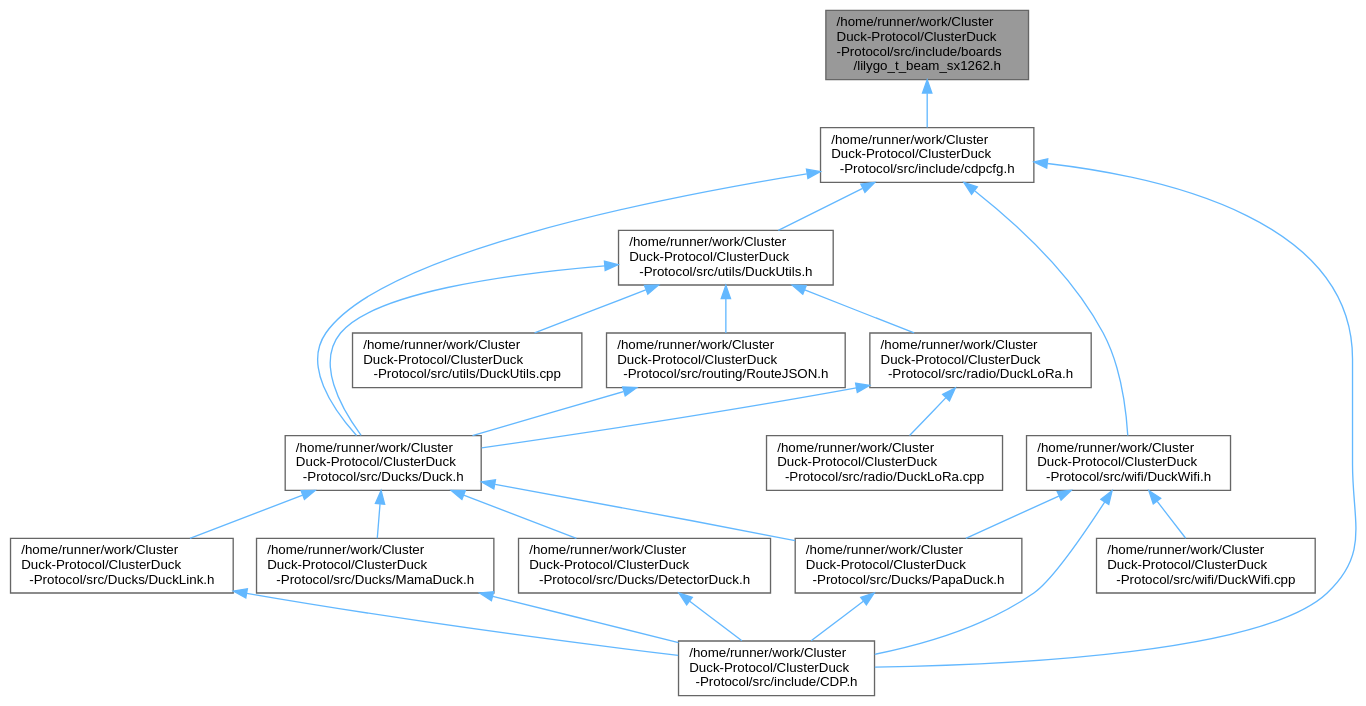
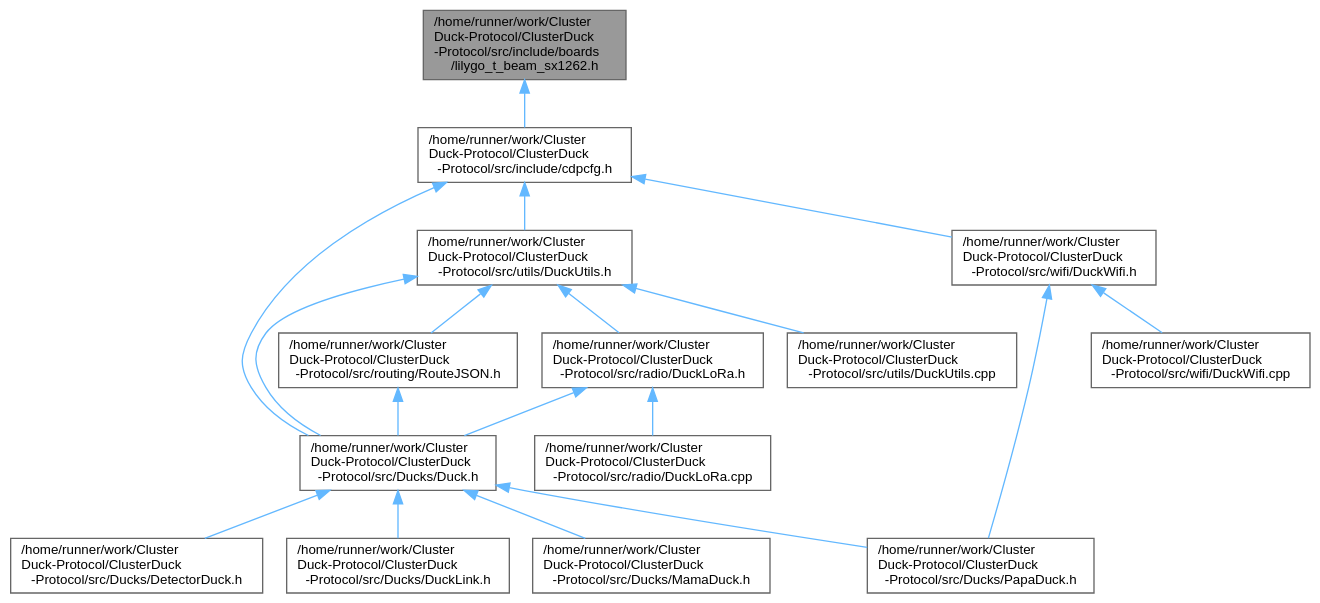
One commit to ClusterDuck-Protocol/ClusterDuck-Protocol changed the diagram in lilygo__t__beam__sx1262_8h__dep__incl.dot. Above: the diagram before and after it, drawn with Graphviz. The commit also changed 49 other files, not shown here.

```diff
--- a/lilygo__t__beam__sx1262_8h__dep__incl.dot
+++ b/lilygo__t__beam__sx1262_8h__dep__incl.dot
@@ -1,45 +1,38 @@
 digraph "/home/runner/work/ClusterDuck-Protocol/ClusterDuck-Protocol/src/include/boards/lilygo_t_beam_sx1262.h"
 {
  // LATEX_PDF_SIZE
   bgcolor="transparent";
   edge [fontname=Helvetica,fontsize=10,labelfontname=Helvetica,labelfontsize=10];
   node [fontname=Helvetica,fontsize=10,shape=box,height=0.2,width=0.4];
   Node1 [id="Node000001",label="/home/runner/work/Cluster\lDuck-Protocol/ClusterDuck\l-Protocol/src/include/boards\l/lilygo_t_beam_sx1262.h",height=0.2,width=0.4,color="gray40", fillcolor="grey60", style="filled", fontcolor="black",tooltip=" "];
   Node1 -> Node2 [id="edge1_Node000001_Node000002",dir="back",color="steelblue1",style="solid",tooltip=" "];
   Node2 [id="Node000002",label="/home/runner/work/Cluster\lDuck-Protocol/ClusterDuck\l-Protocol/src/include/cdpcfg.h",height=0.2,width=0.4,color="grey40", fillcolor="white", style="filled",URL="$cdpcfg_8h.html",tooltip="CDP central compile-time configuration file."];
   Node2 -> Node3 [id="edge2_Node000002_Node000003",dir="back",color="steelblue1",style="solid",tooltip=" "];
   Node3 [id="Node000003",label="/home/runner/work/Cluster\lDuck-Protocol/ClusterDuck\l-Protocol/src/Ducks/Duck.h",height=0.2,width=0.4,color="grey40", fillcolor="white", style="filled",URL="$_duck_8h.html",tooltip=" "];
   Node3 -> Node4 [id="edge3_Node000003_Node000004",dir="back",color="steelblue1",style="solid",tooltip=" "];
   Node4 [id="Node000004",label="/home/runner/work/Cluster\lDuck-Protocol/ClusterDuck\l-Protocol/src/Ducks/DetectorDuck.h",height=0.2,width=0.4,color="grey40", fillcolor="white", style="filled",URL="$_detector_duck_8h.html",tooltip=" "];
-  Node4 -> Node5 [id="edge4_Node000004_Node000005",dir="back",color="steelblue1",style="solid",tooltip=" "];
-  Node5 [id="Node000005",label="/home/runner/work/Cluster\lDuck-Protocol/ClusterDuck\l-Protocol/src/include/CDP.h",height=0.2,width=0.4,color="grey40", fillcolor="white", style="filled",URL="$_c_d_p_8h.html",tooltip="CDP public header."];
+  Node3 -> Node5 [id="edge4_Node000003_Node000005",dir="back",color="steelblue1",style="solid",tooltip=" "];
+  Node5 [id="Node000005",label="/home/runner/work/Cluster\lDuck-Protocol/ClusterDuck\l-Protocol/src/Ducks/DuckLink.h",height=0.2,width=0.4,color="grey40", fillcolor="white", style="filled",URL="$_duck_link_8h.html",tooltip=" "];
   Node3 -> Node6 [id="edge5_Node000003_Node000006",dir="back",color="steelblue1",style="solid",tooltip=" "];
-  Node6 [id="Node000006",label="/home/runner/work/Cluster\lDuck-Protocol/ClusterDuck\l-Protocol/src/Ducks/DuckLink.h",height=0.2,width=0.4,color="grey40", fillcolor="white", style="filled",URL="$_duck_link_8h.html",tooltip=" "];
-  Node6 -> Node5 [id="edge6_Node000006_Node000005",dir="back",color="steelblue1",style="solid",tooltip=" "];
-  Node3 -> Node7 [id="edge7_Node000003_Node000007",dir="back",color="steelblue1",style="solid",tooltip=" "];
-  Node7 [id="Node000007",label="/home/runner/work/Cluster\lDuck-Protocol/ClusterDuck\l-Protocol/src/Ducks/MamaDuck.h",height=0.2,width=0.4,color="grey40", fillcolor="white", style="filled",URL="$_mama_duck_8h.html",tooltip=" "];
-  Node7 -> Node5 [id="edge8_Node000007_Node000005",dir="back",color="steelblue1",style="solid",tooltip=" "];
-  Node3 -> Node8 [id="edge9_Node000003_Node000008",dir="back",color="steelblue1",style="solid",tooltip=" "];
-  Node8 [id="Node000008",label="/home/runner/work/Cluster\lDuck-Protocol/ClusterDuck\l-Protocol/src/Ducks/PapaDuck.h",height=0.2,width=0.4,color="grey40", fillcolor="white", style="filled",URL="$_papa_duck_8h.html",tooltip=" "];
-  Node8 -> Node5 [id="edge10_Node000008_Node000005",dir="back",color="steelblue1",style="solid",tooltip=" "];
-  Node2 -> Node5 [id="edge11_Node000002_Node000005",dir="back",color="steelblue1",style="solid",tooltip=" "];
-  Node2 -> Node9 [id="edge12_Node000002_Node000009",dir="back",color="steelblue1",style="solid",tooltip=" "];
-  Node9 [id="Node000009",label="/home/runner/work/Cluster\lDuck-Protocol/ClusterDuck\l-Protocol/src/utils/DuckUtils.h",height=0.2,width=0.4,color="grey40", fillcolor="white", style="filled",URL="$_duck_utils_8h.html",tooltip="This file is internal to CDP and provides some common utility methods."];
-  Node9 -> Node3 [id="edge13_Node000009_Node000003",dir="back",color="steelblue1",style="solid",tooltip=" "];
-  Node9 -> Node10 [id="edge14_Node000009_Node000010",dir="back",color="steelblue1",style="solid",tooltip=" "];
-  Node10 [id="Node000010",label="/home/runner/work/Cluster\lDuck-Protocol/ClusterDuck\l-Protocol/src/radio/DuckLoRa.h",height=0.2,width=0.4,color="grey40", fillcolor="white", style="filled",URL="$_duck_lo_ra_8h.html",tooltip="This file is internal to CDP and provides direct routing functionality and a routing table."];
-  Node10 -> Node3 [id="edge15_Node000010_Node000003",dir="back",color="steelblue1",style="solid",tooltip=" "];
-  Node10 -> Node11 [id="edge16_Node000010_Node000011",dir="back",color="steelblue1",style="solid",tooltip=" "];
-  Node11 [id="Node000011",label="/home/runner/work/Cluster\lDuck-Protocol/ClusterDuck\l-Protocol/src/radio/DuckLoRa.cpp",height=0.2,width=0.4,color="grey40", fillcolor="white", style="filled",URL="$_duck_lo_ra_8cpp.html",tooltip=" "];
-  Node9 -> Node12 [id="edge17_Node000009_Node000012",dir="back",color="steelblue1",style="solid",tooltip=" "];
-  Node12 [id="Node000012",label="/home/runner/work/Cluster\lDuck-Protocol/ClusterDuck\l-Protocol/src/routing/RouteJSON.h",height=0.2,width=0.4,color="grey40", fillcolor="white", style="filled",URL="$_route_j_s_o_n_8h.html",tooltip="This file is internal to CDP and provides route JSON construction and manipulation."];
-  Node12 -> Node3 [id="edge18_Node000012_Node000003",dir="back",color="steelblue1",style="solid",tooltip=" "];
-  Node9 -> Node13 [id="edge19_Node000009_Node000013",dir="back",color="steelblue1",style="solid",tooltip=" "];
-  Node13 [id="Node000013",label="/home/runner/work/Cluster\lDuck-Protocol/ClusterDuck\l-Protocol/src/utils/DuckUtils.cpp",height=0.2,width=0.4,color="grey40", fillcolor="white", style="filled",URL="$_duck_utils_8cpp.html",tooltip=" "];
-  Node2 -> Node14 [id="edge20_Node000002_Node000014",dir="back",color="steelblue1",style="solid",tooltip=" "];
-  Node14 [id="Node000014",label="/home/runner/work/Cluster\lDuck-Protocol/ClusterDuck\l-Protocol/src/wifi/DuckWifi.h",height=0.2,width=0.4,color="grey40", fillcolor="white", style="filled",URL="$_duck_wifi_8h.html",tooltip=" "];
-  Node14 -> Node8 [id="edge21_Node000014_Node000008",dir="back",color="steelblue1",style="solid",tooltip=" "];
-  Node14 -> Node5 [id="edge22_Node000014_Node000005",dir="back",color="steelblue1",style="solid",tooltip=" "];
-  Node14 -> Node15 [id="edge23_Node000014_Node000015",dir="back",color="steelblue1",style="solid",tooltip=" "];
-  Node15 [id="Node000015",label="/home/runner/work/Cluster\lDuck-Protocol/ClusterDuck\l-Protocol/src/wifi/DuckWifi.cpp",height=0.2,width=0.4,color="grey40", fillcolor="white", style="filled",URL="$_duck_wifi_8cpp.html",tooltip=" "];
+  Node6 [id="Node000006",label="/home/runner/work/Cluster\lDuck-Protocol/ClusterDuck\l-Protocol/src/Ducks/MamaDuck.h",height=0.2,width=0.4,color="grey40", fillcolor="white", style="filled",URL="$_mama_duck_8h.html",tooltip=" "];
+  Node3 -> Node7 [id="edge6_Node000003_Node000007",dir="back",color="steelblue1",style="solid",tooltip=" "];
+  Node7 [id="Node000007",label="/home/runner/work/Cluster\lDuck-Protocol/ClusterDuck\l-Protocol/src/Ducks/PapaDuck.h",height=0.2,width=0.4,color="grey40", fillcolor="white", style="filled",URL="$_papa_duck_8h.html",tooltip=" "];
+  Node2 -> Node8 [id="edge7_Node000002_Node000008",dir="back",color="steelblue1",style="solid",tooltip=" "];
+  Node8 [id="Node000008",label="/home/runner/work/Cluster\lDuck-Protocol/ClusterDuck\l-Protocol/src/utils/DuckUtils.h",height=0.2,width=0.4,color="grey40", fillcolor="white", style="filled",URL="$_duck_utils_8h.html",tooltip="This file is internal to CDP and provides some common utility methods."];
+  Node8 -> Node3 [id="edge8_Node000008_Node000003",dir="back",color="steelblue1",style="solid",tooltip=" "];
+  Node8 -> Node9 [id="edge9_Node000008_Node000009",dir="back",color="steelblue1",style="solid",tooltip=" "];
+  Node9 [id="Node000009",label="/home/runner/work/Cluster\lDuck-Protocol/ClusterDuck\l-Protocol/src/radio/DuckLoRa.h",height=0.2,width=0.4,color="grey40", fillcolor="white", style="filled",URL="$_duck_lo_ra_8h.html",tooltip="This file is internal to CDP and provides direct routing functionality and a routing table."];
+  Node9 -> Node3 [id="edge10_Node000009_Node000003",dir="back",color="steelblue1",style="solid",tooltip=" "];
+  Node9 -> Node10 [id="edge11_Node000009_Node000010",dir="back",color="steelblue1",style="solid",tooltip=" "];
+  Node10 [id="Node000010",label="/home/runner/work/Cluster\lDuck-Protocol/ClusterDuck\l-Protocol/src/radio/DuckLoRa.cpp",height=0.2,width=0.4,color="grey40", fillcolor="white", style="filled",URL="$_duck_lo_ra_8cpp.html",tooltip=" "];
+  Node8 -> Node11 [id="edge12_Node000008_Node000011",dir="back",color="steelblue1",style="solid",tooltip=" "];
+  Node11 [id="Node000011",label="/home/runner/work/Cluster\lDuck-Protocol/ClusterDuck\l-Protocol/src/routing/RouteJSON.h",height=0.2,width=0.4,color="grey40", fillcolor="white", style="filled",URL="$_route_j_s_o_n_8h.html",tooltip="This file is internal to CDP and provides route JSON construction and manipulation."];
+  Node11 -> Node3 [id="edge13_Node000011_Node000003",dir="back",color="steelblue1",style="solid",tooltip=" "];
+  Node8 -> Node12 [id="edge14_Node000008_Node000012",dir="back",color="steelblue1",style="solid",tooltip=" "];
+  Node12 [id="Node000012",label="/home/runner/work/Cluster\lDuck-Protocol/ClusterDuck\l-Protocol/src/utils/DuckUtils.cpp",height=0.2,width=0.4,color="grey40", fillcolor="white", style="filled",URL="$_duck_utils_8cpp.html",tooltip=" "];
+  Node2 -> Node13 [id="edge15_Node000002_Node000013",dir="back",color="steelblue1",style="solid",tooltip=" "];
+  Node13 [id="Node000013",label="/home/runner/work/Cluster\lDuck-Protocol/ClusterDuck\l-Protocol/src/wifi/DuckWifi.h",height=0.2,width=0.4,color="grey40", fillcolor="white", style="filled",URL="$_duck_wifi_8h.html",tooltip=" "];
+  Node13 -> Node7 [id="edge16_Node000013_Node000007",dir="back",color="steelblue1",style="solid",tooltip=" "];
+  Node13 -> Node14 [id="edge17_Node000013_Node000014",dir="back",color="steelblue1",style="solid",tooltip=" "];
+  Node14 [id="Node000014",label="/home/runner/work/Cluster\lDuck-Protocol/ClusterDuck\l-Protocol/src/wifi/DuckWifi.cpp",height=0.2,width=0.4,color="grey40", fillcolor="white", style="filled",URL="$_duck_wifi_8cpp.html",tooltip=" "];
 }
```
